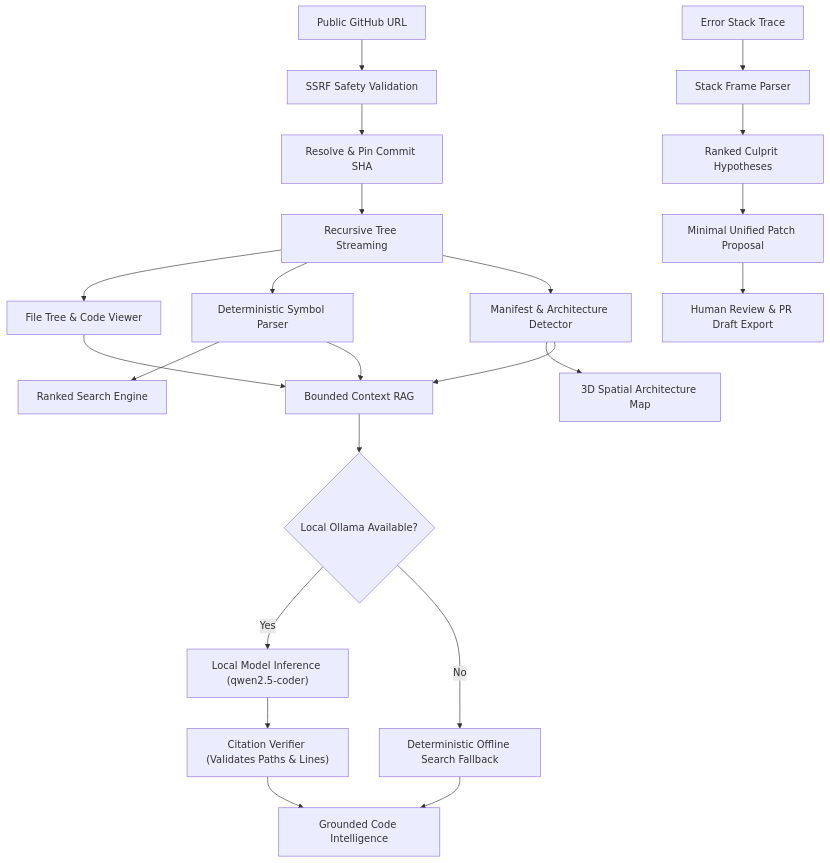
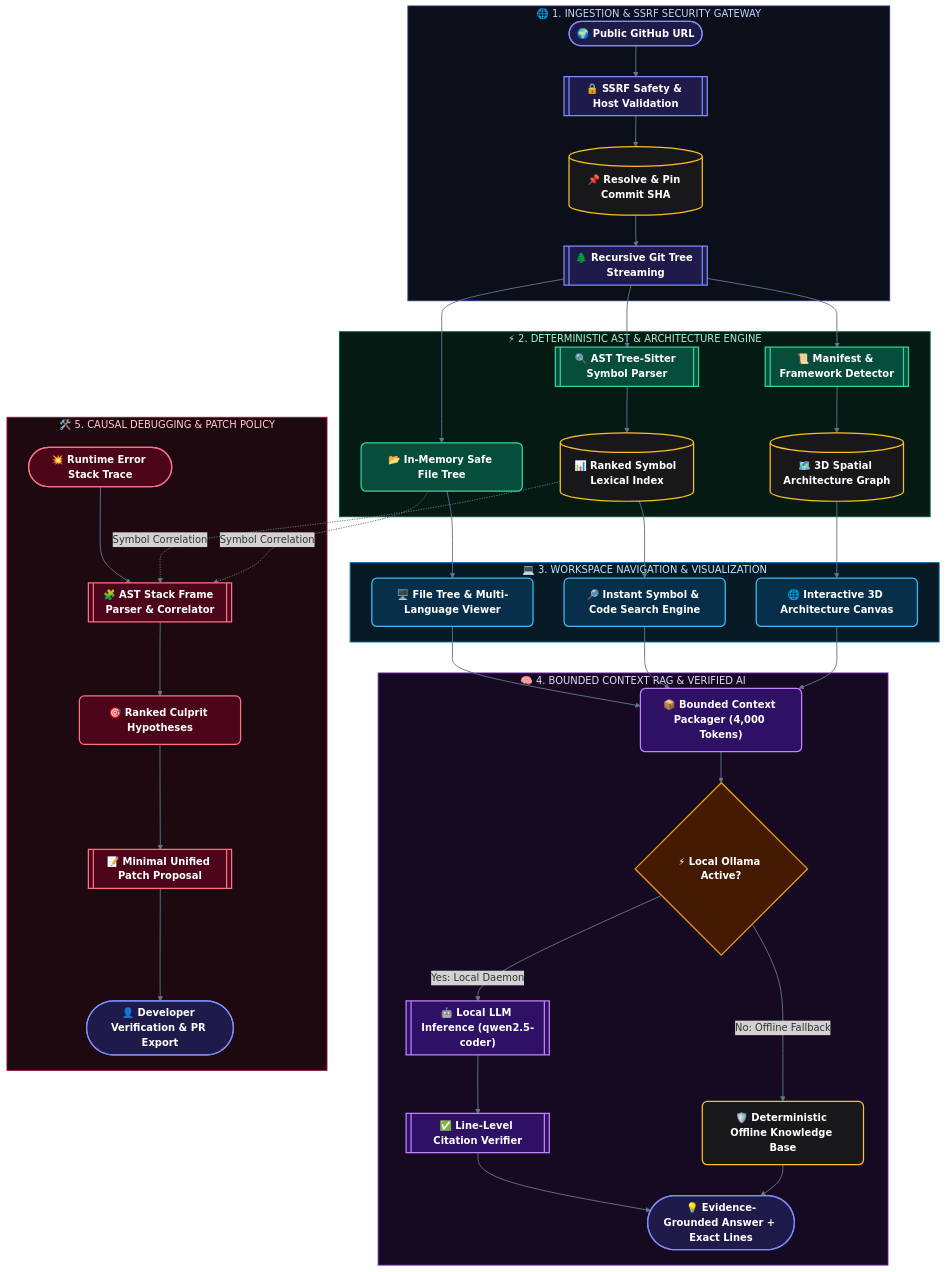
Before and after one commit to Mohit-Rocky-25/RepoPilot: the diagram in README.md, drawn with Mermaid. The commit also changed 4 other files, not shown here.

First line of the commit message:
feat(architecture): enhance Mermaid diagrams with modern aesthetic styling, 4 diagram types, and interactive controls

````diff
--- a/README.md
+++ b/README.md
@@ -132,25 +132,74 @@
 ```mermaid
 flowchart TD
-    A["Public GitHub URL"] --> B["SSRF Safety Validation"]
-    B --> C["Resolve & Pin Commit SHA"]
-    C --> D["Recursive Tree Streaming"]
-    
-    D --> E["File Tree & Code Viewer"]
-    D --> F["Deterministic Symbol Parser"]
-    D --> G["Manifest & Architecture Detector"]
-    
-    F --> H["Ranked Search Engine"]
-    G --> I["3D Spatial Architecture Map"]
-    
-    E & F & G --> J["Bounded Context RAG"]
-    J --> K{"Local Ollama Available?"}
-    K -- Yes --> L["Local Model Inference (qwen2.5-coder)"]
-    K -- No --> M["Deterministic Offline Search Fallback"]
-    L --> N["Citation Verifier (Validates Paths & Lines)"]
-    N & M --> O["Grounded Code Intelligence"]
-    
-    P["Error Stack Trace"] --> Q["Stack Frame Parser"]
-    Q --> R["Ranked Culprit Hypotheses"]
-    R --> S["Minimal Unified Patch Proposal"]
-    S --> T["Human Review & PR Draft Export"]
+  %% Modern High-Contrast RepoPilot End-to-End System Architecture
+
+  classDef gateway fill:#1E1B4B,stroke:#818CF8,stroke-width:2px,color:#FFFFFF,font-weight:600,rx:8px;
+  classDef parser fill:#064E3B,stroke:#34D399,stroke-width:2px,color:#FFFFFF,font-weight:600,rx:8px;
+  classDef ui fill:#082F49,stroke:#38BDF8,stroke-width:2px,color:#FFFFFF,font-weight:600,rx:8px;
+  classDef ai fill:#2E1065,stroke:#C084FC,stroke-width:2px,color:#FFFFFF,font-weight:600,rx:8px;
+  classDef debug fill:#4C0519,stroke:#FB7185,stroke-width:2px,color:#FFFFFF,font-weight:600,rx:8px;
+  classDef store fill:#18181B,stroke:#FBBF24,stroke-width:2px,color:#FFFFFF,font-weight:600,rx:8px;
+  classDef branch fill:#451A03,stroke:#F59E0B,stroke-width:2px,color:#FFFFFF,font-weight:600;
+
+  subgraph IngestLayer["  🌐 1. INGESTION & SSRF SECURITY GATEWAY  "]
+    A(["🌍 Public GitHub URL"]):::gateway
+    B[["🔒 SSRF Safety & Host Validation"]]:::gateway
+    C[("📌 Resolve & Pin Commit SHA")]:::store
+    D[["🌲 Recursive Git Tree Streaming"]]:::gateway
+    A --> B --> C --> D
+  end
+
+  subgraph AnalysisLayer["  ⚡ 2. DETERMINISTIC AST & ARCHITECTURE ENGINE  "]
+    E["📂 In-Memory Safe File Tree"]:::parser
+    F[["🔍 AST Tree-Sitter Symbol Parser"]]:::parser
+    G[["📜 Manifest & Framework Detector"]]:::parser
+    H[("📊 Ranked Symbol Lexical Index")]:::store
+    I[("🗺️ 3D Spatial Architecture Graph")]:::store
+    D --> E
+    D --> F --> H
+    D --> G --> I
+  end
+
+  subgraph ExplorerLayer["  💻 3. WORKSPACE NAVIGATION & VISUALIZATION  "]
+    J["🖥️ File Tree & Multi-Language Viewer"]:::ui
+    K["🔎 Instant Symbol & Code Search Engine"]:::ui
+    L["🌐 Interactive 3D Architecture Canvas"]:::ui
+    E --> J
+    H --> K
+    I --> L
+  end
+
+  subgraph AiLayer["  🧠 4. BOUNDED CONTEXT RAG & VERIFIED AI  "]
+    M["📦 Bounded Context Packager (4,000 Tokens)"]:::ai
+    N{"⚡ Local Ollama Active?"}:::branch
+    O[["🤖 Local LLM Inference (qwen2.5-coder)"]]:::ai
+    P["🛡️ Deterministic Offline Knowledge Base"]:::store
+    Q[["✅ Line-Level Citation Verifier"]]:::ai
+    R(["💡 Evidence-Grounded Answer + Exact Lines"]):::gateway
+
+    J & K & L --> M
+    M --> N
+    N -->|Yes: Local Daemon| O --> Q --> R
+    N -->|No: Offline Fallback| P --> R
+  end
+
+  subgraph DebugLayer["  🛠️ 5. CAUSAL DEBUGGING & PATCH POLICY  "]
+    S(["💥 Runtime Error Stack Trace"]):::debug
+    T[["🧩 AST Stack Frame Parser & Correlator"]]:::debug
+    U["🎯 Ranked Culprit Hypotheses"]:::debug
+    V[["📝 Minimal Unified Patch Proposal"]]:::debug
+    W(["👤 Developer Verification & PR Export"]):::gateway
+
+    S --> T
+    H & E -.->|Symbol Correlation| T
+    T --> U --> V --> W
+  end
+
+  style IngestLayer fill:#0B0F19,stroke:#312E81,stroke-width:1.5px,color:#C7D2FE;
+  style AnalysisLayer fill:#061A14,stroke:#065F46,stroke-width:1.5px,color:#A7F3D0;
+  style ExplorerLayer fill:#081A26,stroke:#0369A1,stroke-width:1.5px,color:#BAE6FD;
+  style AiLayer fill:#150A21,stroke:#6B21A8,stroke-width:1.5px,color:#E9D5FF;
+  style DebugLayer fill:#1F0910,stroke:#9F1239,stroke-width:1.5px,color:#FECDD3;
+
+  linkStyle default stroke:#64748B,stroke-width:1.5px;
 ```
````
